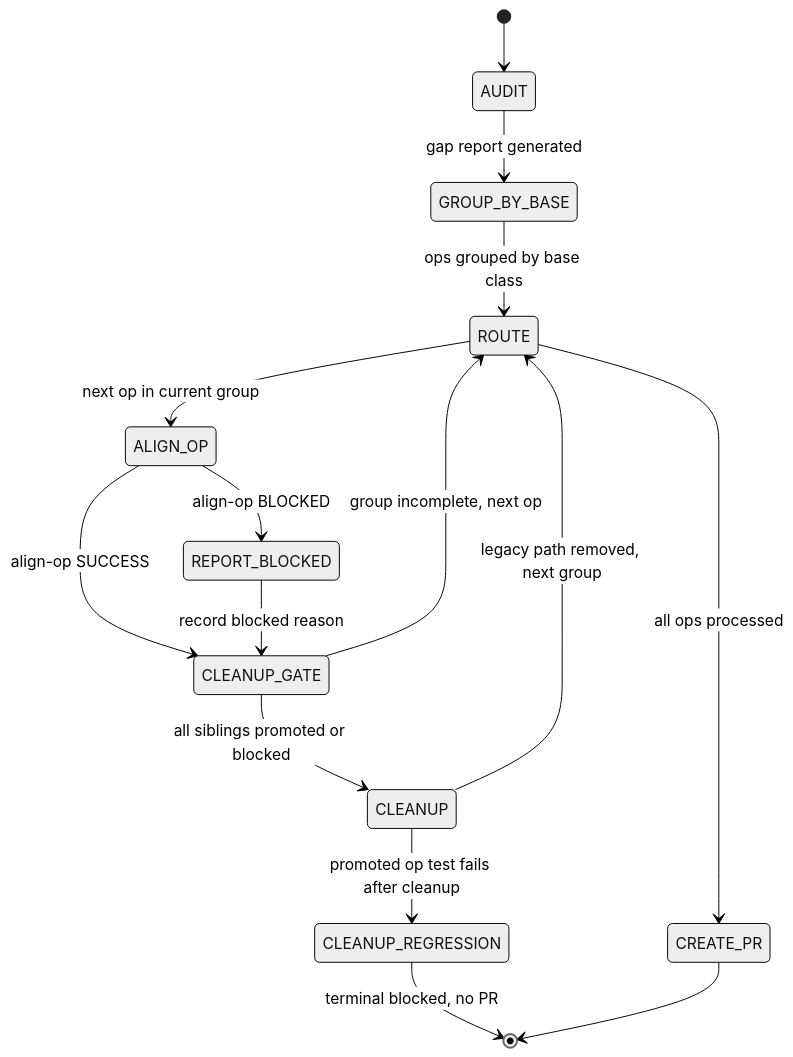
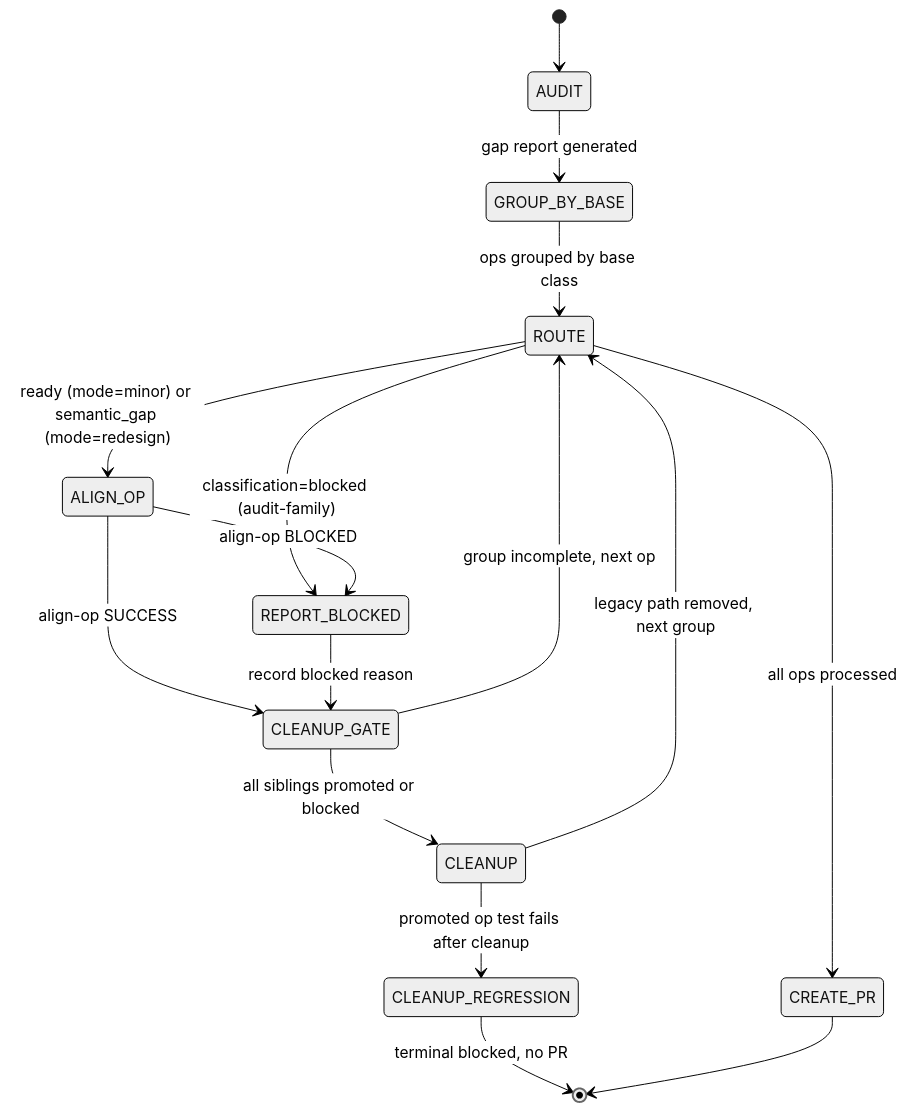
The diagram in .claude/skills/align-family/SKILL.md (tile-ai/TileOPs), drawn with Mermaid (neutral theme) before and after one commit. The commit also changed other lines of this file, not shown here.

````diff
--- a/.claude/skills/align-family/SKILL.md
+++ b/.claude/skills/align-family/SKILL.md
@@ -33,17 +33,18 @@
 ```mermaid
 stateDiagram-v2
     [*] --> AUDIT
     AUDIT --> GROUP_BY_BASE: gap report generated
     GROUP_BY_BASE --> ROUTE: ops grouped by base class
-    ROUTE --> ALIGN_OP: next op in current group
+    ROUTE --> ALIGN_OP: ready (mode=minor) or semantic_gap (mode=redesign)
+    ROUTE --> REPORT_BLOCKED: classification=blocked (audit-family)
     ALIGN_OP --> CLEANUP_GATE: align-op SUCCESS
     ALIGN_OP --> REPORT_BLOCKED: align-op BLOCKED
     REPORT_BLOCKED --> CLEANUP_GATE: record blocked reason
     CLEANUP_GATE --> ROUTE: group incomplete, next op
     CLEANUP_GATE --> CLEANUP: all siblings promoted or blocked
     CLEANUP --> ROUTE: legacy path removed, next group
     ROUTE --> CREATE_PR: all ops processed
     CLEANUP --> CLEANUP_REGRESSION: promoted op test fails after cleanup
     CLEANUP_REGRESSION --> [*]: terminal blocked, no PR
     CREATE_PR --> [*]
 ```
````
